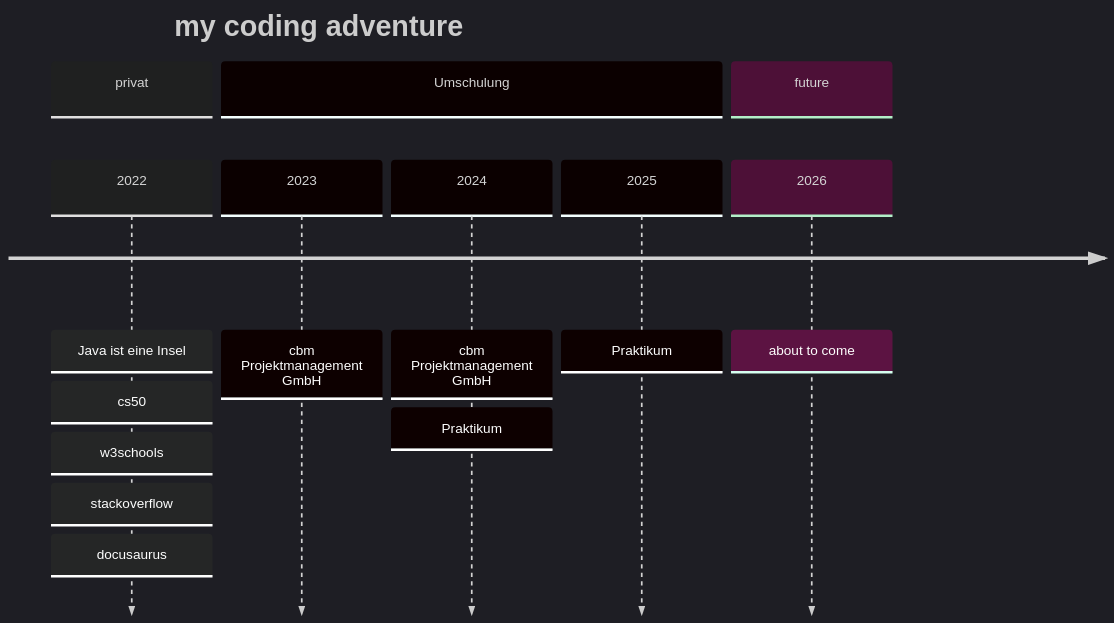
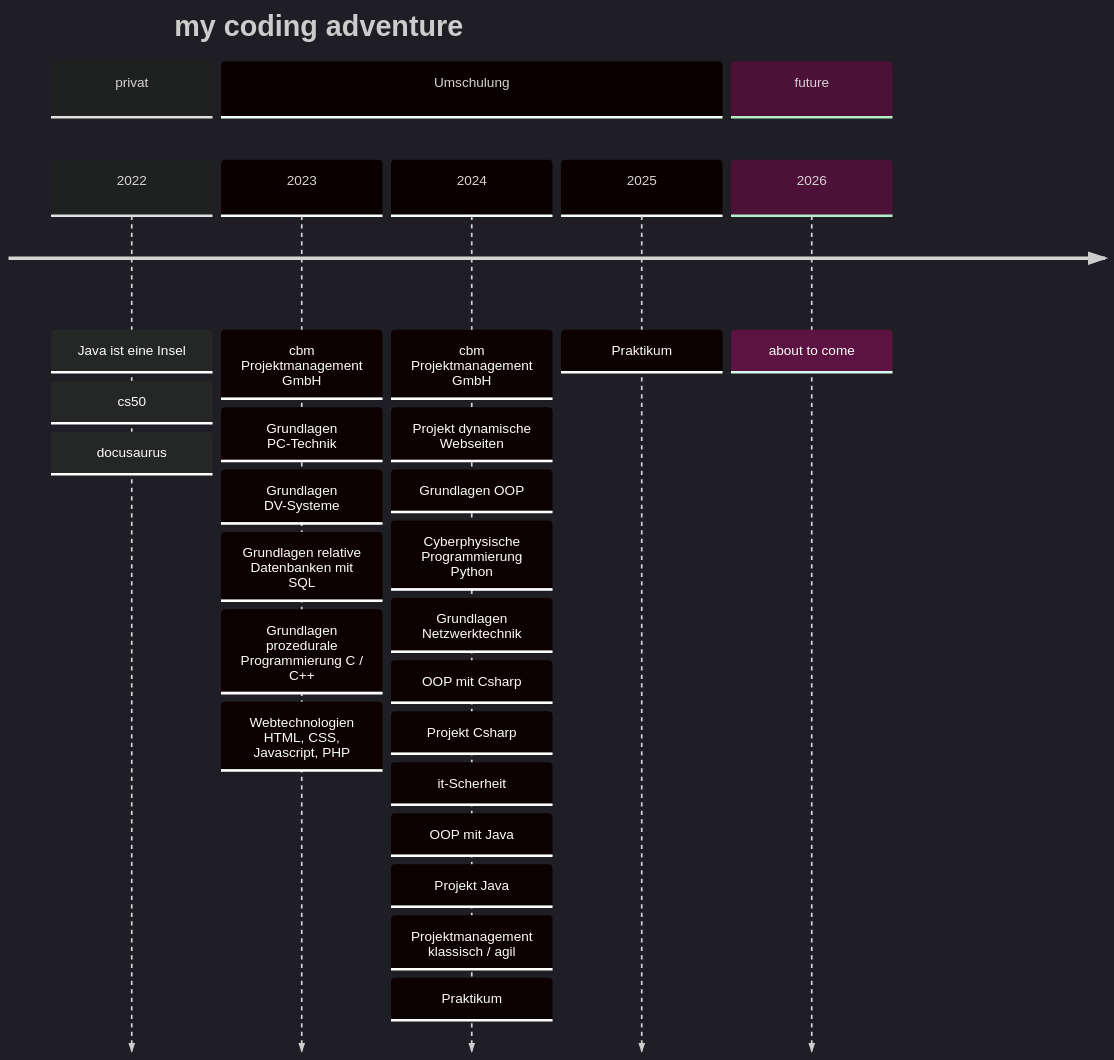
One commit to P76ers/p76ers changed the second of 2 diagrams in readme.md. Above: the diagram before and after it, drawn with Mermaid.

````diff
--- a/readme.md
+++ b/readme.md
@@ -35,18 +35,31 @@
 ```mermaid
 %%{init: { 'logLevel': 'debug', 'theme': 'dark' } }%%
 timeline
     title my coding adventure
     section privat
     2022: Java ist eine Insel
       : cs50
-      : w3schools
-      : stackoverflow
       : docusaurus
-    section Umschulung
+    section Umschulung 
       2023: cbm Projektmanagement GmbH
-      2024 : cbm Projektmanagement GmbH
-        : Praktikum
+          : Grundlagen PC-Technik
+          : Grundlagen DV-Systeme
+          : Grundlagen relative Datenbanken mit SQL
+          : Grundlagen prozedurale Programmierung C / C++
+          : Webtechnologien HTML, CSS, Javascript, PHP
+      2024: cbm Projektmanagement GmbH
+          : Projekt dynamische Webseiten
+          : Grundlagen OOP
+          : Cyberphysische Programmierung Python
+          : Grundlagen Netzwerktechnik
+          : OOP mit Csharp
+          : Projekt Csharp
+          : it-Scherheit
+          : OOP mit Java
+          : Projekt Java
+          : Projektmanagement klassisch / agil
+          : Praktikum
       2025: Praktikum
     section future
       2026: about to come
 ```
````
